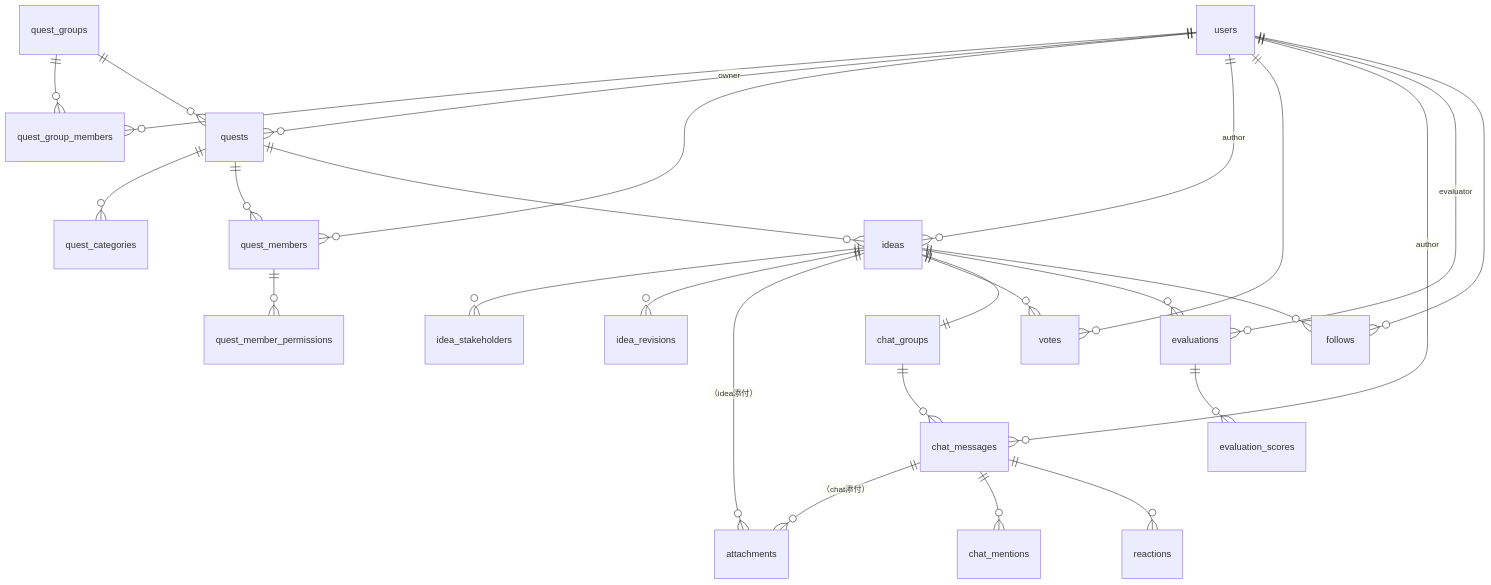
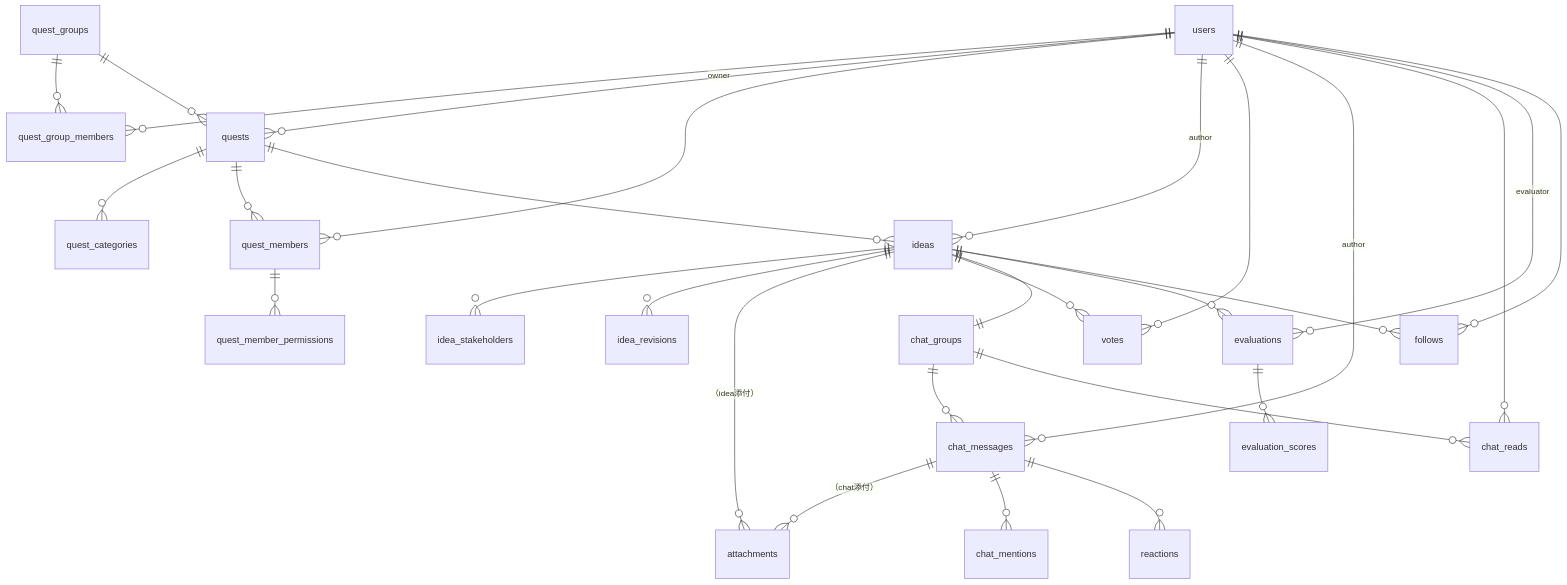
The third of 4 diagrams in doc/データモデル.md (t-umekawa-sc/sc-ideaquest-G2), drawn with Mermaid before and after one commit. The commit also changed other lines of this file and 2 other files, not shown here.

````diff
--- a/doc/データモデル.md
+++ b/doc/データモデル.md
@@ -347,29 +347,31 @@
 ```mermaid
 erDiagram
   users ||--o{ quest_group_members : ""
   quest_groups ||--o{ quest_group_members : ""
   quest_groups ||--o{ quests : ""
   users ||--o{ quests : "owner"
   quests ||--o{ quest_categories : ""
   quests ||--o{ quest_members : ""
   users ||--o{ quest_members : ""
   quest_members ||--o{ quest_member_permissions : ""
   quests ||--o{ ideas : ""
   users ||--o{ ideas : "author"
   ideas ||--o{ idea_stakeholders : ""
   ideas ||--o{ idea_revisions : ""
   ideas ||--o{ attachments : "（idea添付）"
   ideas ||--o{ votes : ""
   users ||--o{ votes : ""
   ideas ||--|| chat_groups : ""
   chat_groups ||--o{ chat_messages : ""
   users ||--o{ chat_messages : "author"
   chat_messages ||--o{ attachments : "（chat添付）"
   chat_messages ||--o{ chat_mentions : ""
   chat_messages ||--o{ reactions : ""
+  chat_groups ||--o{ chat_reads : ""
+  users ||--o{ chat_reads : ""
   ideas ||--o{ evaluations : ""
   users ||--o{ evaluations : "evaluator"
   evaluations ||--o{ evaluation_scores : ""
   ideas ||--o{ follows : ""
   users ||--o{ follows : ""
 ```
````
